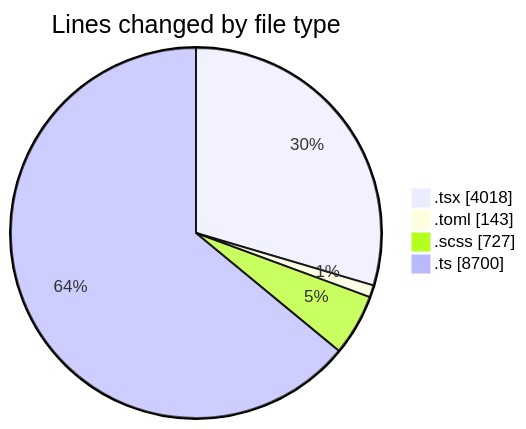
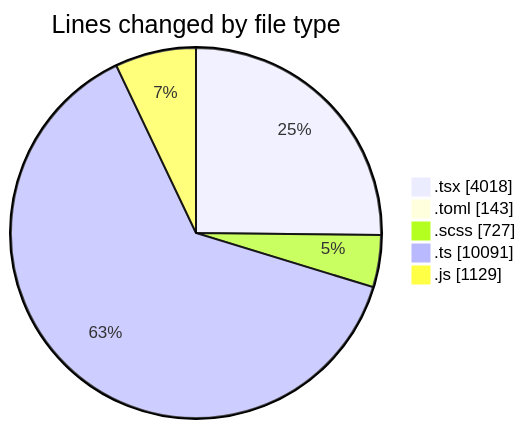
The first of 2 diagrams in 2026-11-02/cda/README.md (momahboobian/code-tracking), drawn with Mermaid before and after one commit. The commit also changed other lines of this file and 1 other file, not shown here.

````diff
--- a/2026-11-02/cda/README.md
+++ b/2026-11-02/cda/README.md
@@ -64,8 +67,9 @@
 ```mermaid
 pie showData
 title Lines changed by file type
 ".tsx" : 4018
 ".toml" : 143
 ".scss" : 727
-".ts" : 8700
+".ts" : 10091
+".js" : 1129
 ```
````
